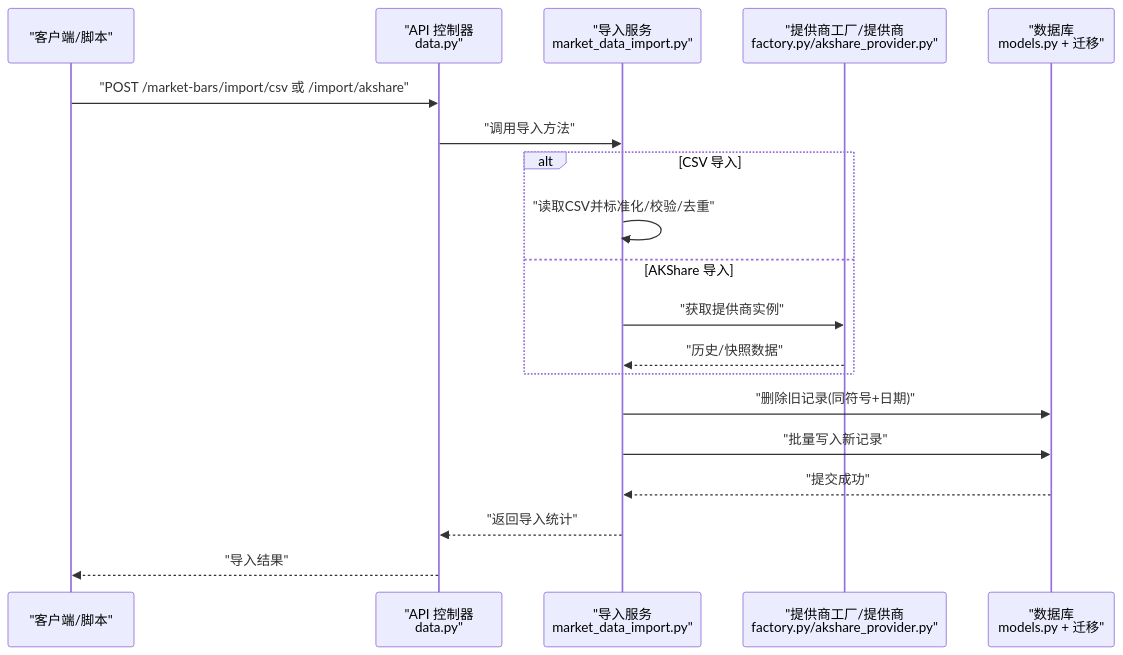
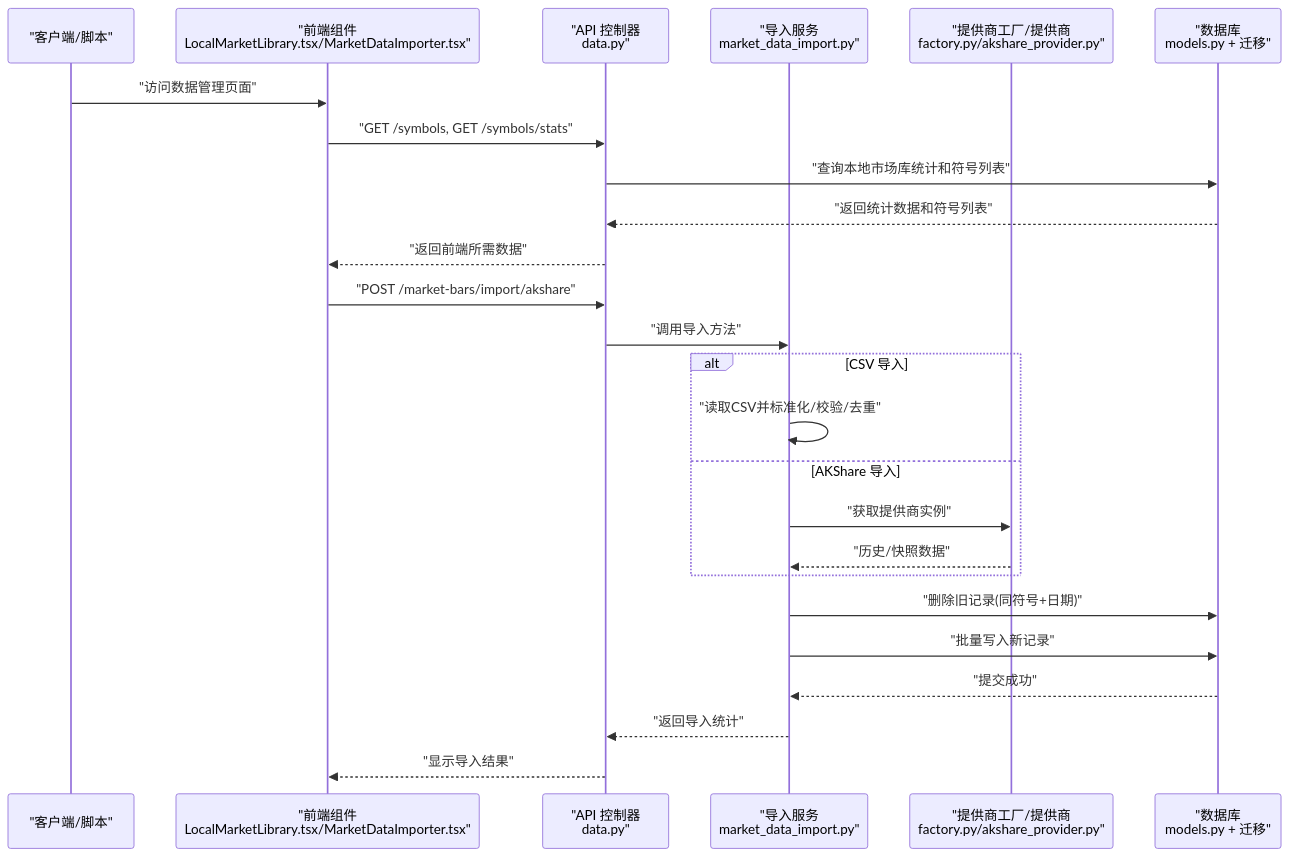
One commit to javelin-dot/llmine-quant changed the second of 8 diagrams in .qoder/repowiki/zh/content/数据管理/数据管理.md. Above: the diagram before and after it, drawn with Mermaid. The commit also changed other lines of this file and 19 other files, not shown here.

````diff
--- a/.qoder/repowiki/zh/content/数据管理/数据管理.md
+++ b/.qoder/repowiki/zh/content/数据管理/数据管理.md
@@ -147,21 +166,27 @@
 ```mermaid
 sequenceDiagram
 participant Client as "客户端/脚本"
+participant Frontend as "前端组件<br/>LocalMarketLibrary.tsx/MarketDataImporter.tsx"
 participant API as "API 控制器<br/>data.py"
 participant Svc as "导入服务<br/>market_data_import.py"
 participant Prov as "提供商工厂/提供商<br/>factory.py/akshare_provider.py"
 participant DB as "数据库<br/>models.py + 迁移"
-Client->>API : "POST /market-bars/import/csv 或 /import/akshare"
+Client->>Frontend : "访问数据管理页面"
+Frontend->>API : "GET /symbols, GET /symbols/stats"
+API->>DB : "查询本地市场库统计和符号列表"
+DB-->>API : "返回统计数据和符号列表"
+API-->>Frontend : "返回前端所需数据"
+Frontend->>API : "POST /market-bars/import/akshare"
 API->>Svc : "调用导入方法"
 alt CSV 导入
 Svc->>Svc : "读取CSV并标准化/校验/去重"
 else AKShare 导入
 Svc->>Prov : "获取提供商实例"
 Prov-->>Svc : "历史/快照数据"
 end
 Svc->>DB : "删除旧记录(同符号+日期)"
 Svc->>DB : "批量写入新记录"
 DB-->>Svc : "提交成功"
 Svc-->>API : "返回导入统计"
-API-->>Client : "导入结果"
+API-->>Frontend : "显示导入结果"
 ```
````
